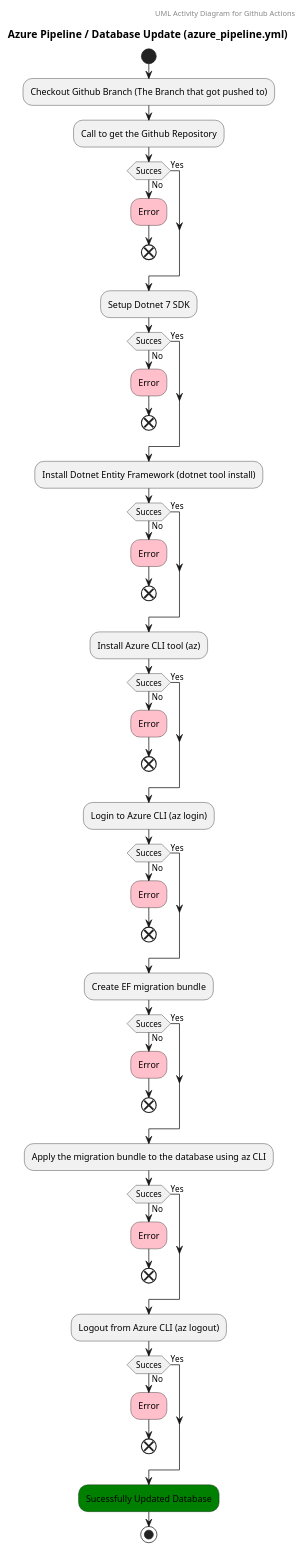
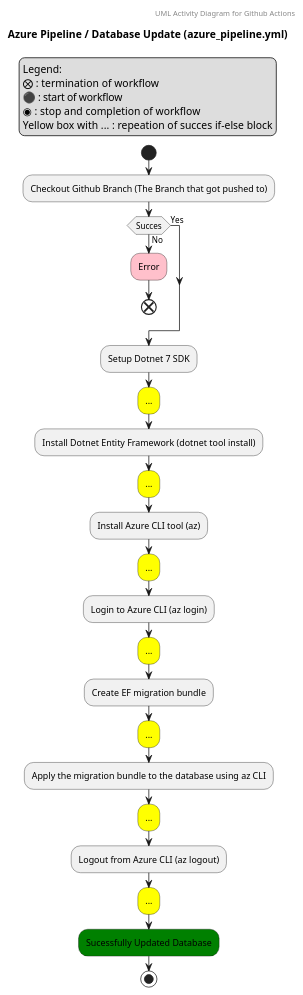
The diagram in docs/report_diagrams/UML_activity_diagrams/azure_pipeline_UML_act.puml (ITU-BDSA23-GROUP10/Chirp), drawn with PlantUML before and after one commit. The commit also changed 9 other files, not shown here.

Commit message:
Added a bunch more to the report in my sections. Going to finish up the last UML diagrams and insert them later

```diff
--- a/docs/report_diagrams/UML_activity_diagrams/azure_pipeline_UML_act.puml
+++ b/docs/report_diagrams/UML_activity_diagrams/azure_pipeline_UML_act.puml
@@ -1,75 +1,54 @@
 @startuml
 header UML Activity Diagram for Github Actions
 title Azure Pipeline / Database Update (azure_pipeline.yml)
 start
+legend top left
+Legend:
+⨂ : termination of workflow
+⚫ : start of workflow
+◉ : stop and completion of workflow
+Yellow box with ... : repeation of succes if-else block
+endlegend
+
 :Checkout Github Branch (The Branch that got pushed to);
-:Call to get the Github Repository;
 
 
 if(Succes) then (No)
     #pink:Error;
     end
 else (Yes)
 endif
 
 
 :Setup Dotnet 7 SDK;
 
-if(Succes) then (No)
-    #pink:Error;
-    end
-else (Yes)
-endif
+#yellow:...;
 
 :Install Dotnet Entity Framework (dotnet tool install);
 
-if(Succes) then (No)
-    #pink:Error;
-    end
-else (Yes)
-endif
+#yellow:...;
 
 :Install Azure CLI tool (az);
 
-if(Succes) then (No)
-    #pink:Error;
-    end
-else (Yes)
-endif
+#yellow:...;
 
 :Login to Azure CLI (az login);
 
-if(Succes) then (No)
-    #pink:Error;
-    end
-else (Yes)
-endif
+#yellow:...;
 
 :Create EF migration bundle;
 
-if(Succes) then (No)
-    #pink:Error;
-    end
-else (Yes)
-endif
+#yellow:...;
 
 :Apply the migration bundle to the database using az CLI;
 
-if(Succes) then (No)
-    #pink:Error;
-    end
-else (Yes)
-endif
+#yellow:...;
 
 :Logout from Azure CLI (az logout);
 
-if(Succes) then (No)
-    #pink:Error;
-    end
-else (Yes)
-endif
+#yellow:...;
 
 #green:Sucessfully Updated Database;
 
 stop
 @enduml
```
